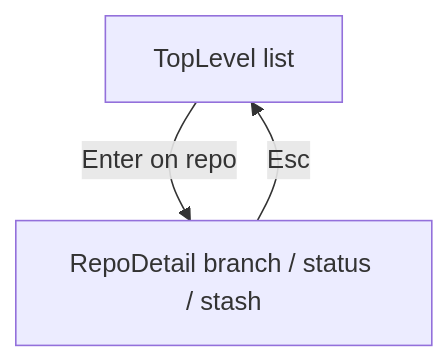
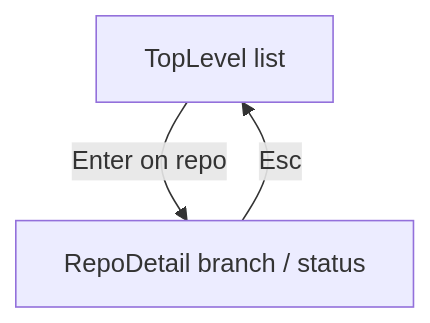
One commit to earlye/git-interactive changed the diagram in src/git-interactive-repos/README.md. Above: the diagram before and after it, drawn with Mermaid. The commit also changed other lines of this file and 11 other files, not shown here.

````diff
--- a/src/git-interactive-repos/README.md
+++ b/src/git-interactive-repos/README.md
@@ -21,7 +21,7 @@
 ```mermaid
 flowchart TD
   Top[TopLevel list]
-  Dir[RepoDetail branch / status / stash]
+  Dir[RepoDetail branch / status]
   Top -->|Enter on repo| Dir
   Dir -->|Esc| Top
 ```
````
